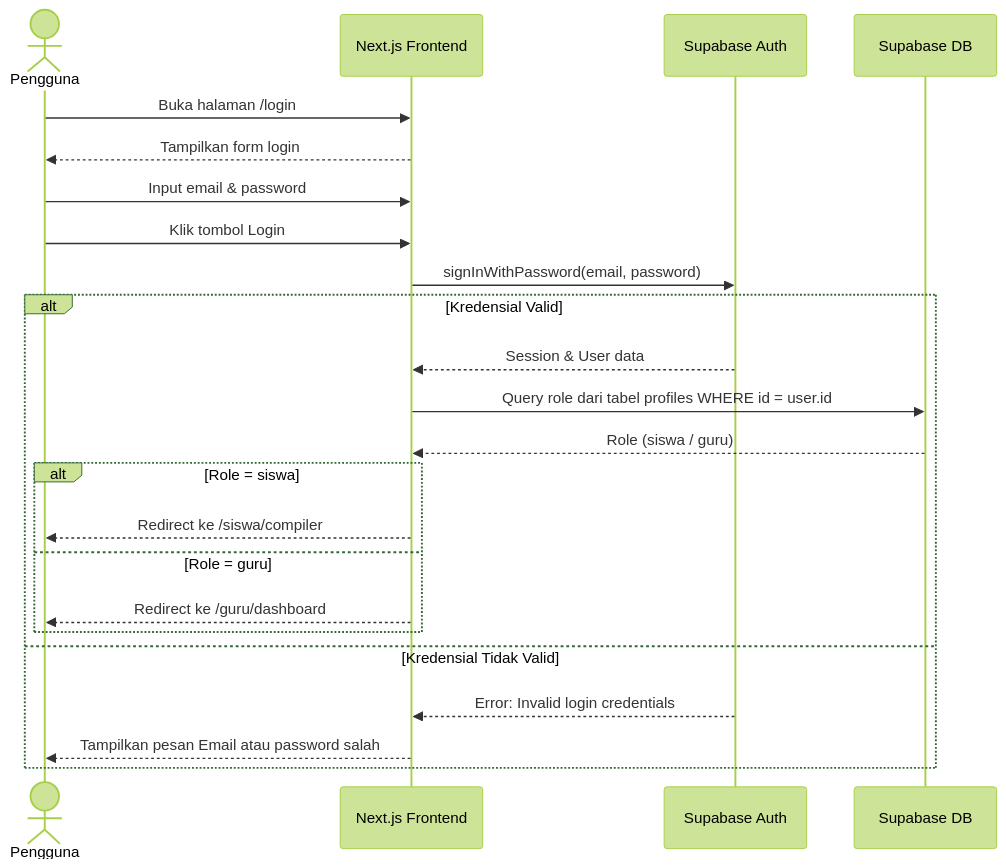
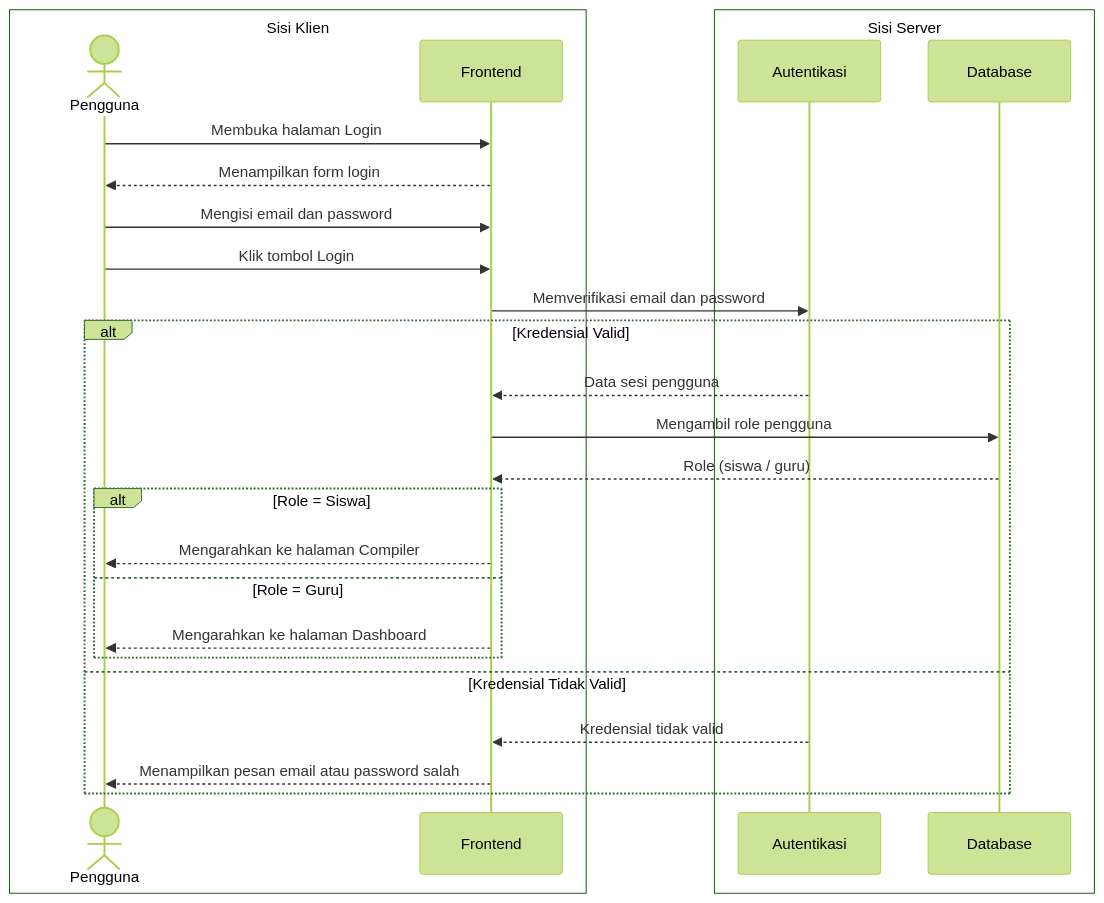
Before and after one commit to solikhulmauludin22014-ops/CLING: diagram 13 of 25 in DIAGRAMS.md, drawn with Mermaid (forest theme). The commit also changed other lines of this file and 5 other files, not shown here.

````diff
--- a/DIAGRAMS.md
+++ b/DIAGRAMS.md
@@ -620,26 +620,30 @@
 ```mermaid
 sequenceDiagram
-    actor User as Pengguna
-    participant FE as Next.js Frontend
-    participant Auth as Supabase Auth
-    participant DB as Supabase DB
+    box Sisi Klien
+        actor User as Pengguna
+        participant FE as Frontend
+    end
+    box Sisi Server
+        participant Auth as Autentikasi
+        participant DB as Database
+    end
 
-    User->>FE: Buka halaman /login
-    FE-->>User: Tampilkan form login
-    User->>FE: Input email & password
+    User->>FE: Membuka halaman Login
+    FE-->>User: Menampilkan form login
+    User->>FE: Mengisi email dan password
     User->>FE: Klik tombol Login
-    FE->>Auth: signInWithPassword(email, password)
+    FE->>Auth: Memverifikasi email dan password
     alt Kredensial Valid
-        Auth-->>FE: Session & User data
-        FE->>DB: Query role dari tabel profiles WHERE id = user.id
+        Auth-->>FE: Data sesi pengguna
+        FE->>DB: Mengambil role pengguna
         DB-->>FE: Role (siswa / guru)
-        alt Role = siswa
-            FE-->>User: Redirect ke /siswa/compiler
-        else Role = guru
-            FE-->>User: Redirect ke /guru/dashboard
+        alt Role = Siswa
+            FE-->>User: Mengarahkan ke halaman Compiler
+        else Role = Guru
+            FE-->>User: Mengarahkan ke halaman Dashboard
         end
     else Kredensial Tidak Valid
-        Auth-->>FE: Error: Invalid login credentials
-        FE-->>User: Tampilkan pesan Email atau password salah
+        Auth-->>FE: Kredensial tidak valid
+        FE-->>User: Menampilkan pesan email atau password salah
     end
 ```
````
